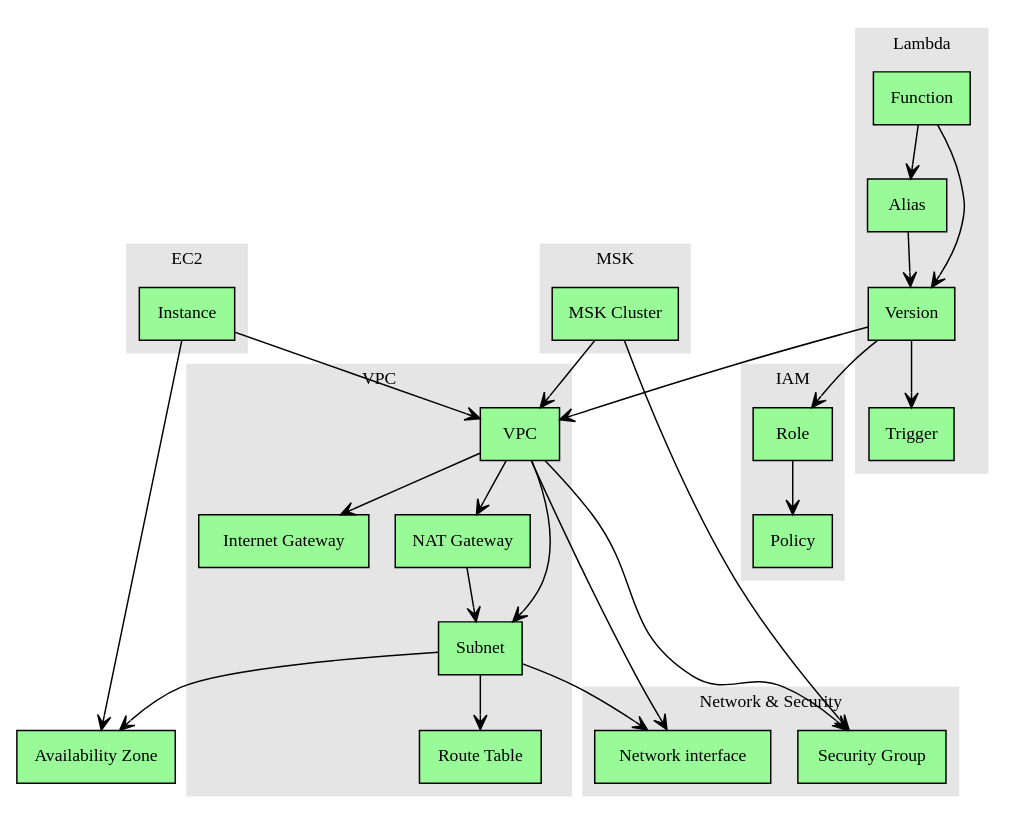
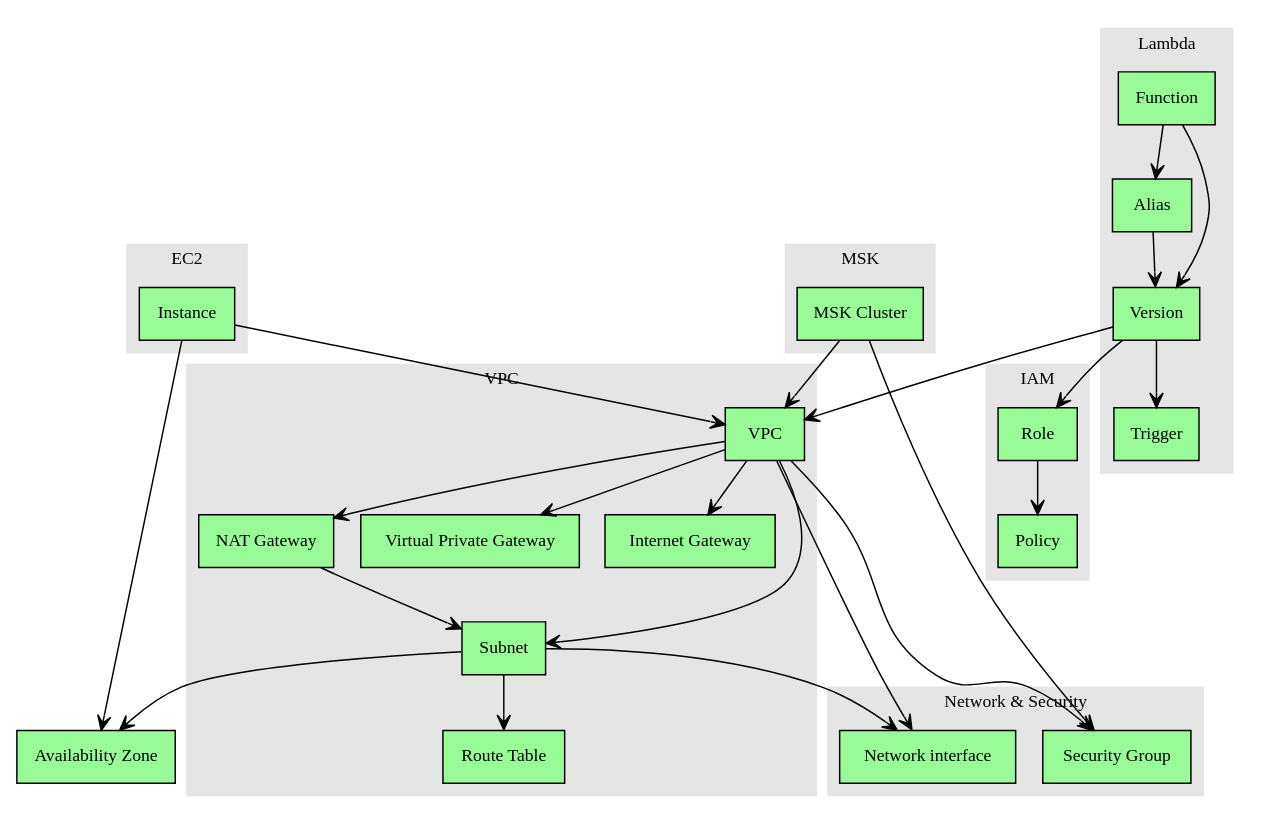
The diagram in aws-entities/aws-entities.dot (chris0103/spider-net), drawn with Graphviz before and after one commit. The commit also changed 4 other files, not shown here.

```diff
--- a/aws-entities/aws-entities.dot
+++ b/aws-entities/aws-entities.dot
@@ -1,112 +1,114 @@
 digraph name {
 	rankdir = TB;
     fontname = "Verdana";
     fontsize = 12;
     node [fontname = "Verdana", fontsize = 12, shape = "record"];
     edge [fontname = "Verdana", fontsize = 12];
     
     availability_zone [label = "Availability Zone", style = "filled", fillcolor = "palegreen"];
 
 	subgraph cluster10 {
 		label = "IAM";
 		style = filled;
 		color = grey90;
 		policy [label = "Policy", style = "filled", fillcolor = "palegreen"];
 		role [label = "Role", style = "filled", fillcolor = "palegreen"];
 	}
 
 	subgraph cluster15 {
 		label = "EC2";
 		style = filled;
 		color = grey90;
 		instance [label = "Instance", style = "filled", fillcolor = "palegreen"];
 	}
 	
 	subgraph cluster25 {
 		label = "MSK";
 		style = filled;
 		color = grey90;
 		msk_cluster [label = "MSK Cluster", style = "filled", fillcolor = "palegreen"];
 	}
 	
 	subgraph cluster30 {
 		label = "Lambda";
 		style = filled;
 		color = grey90;
 		alias [label = "Alias", style = "filled", fillcolor = "palegreen"];
 		function [label = "Function", style = "filled", fillcolor = "palegreen"];
 		trigger [label = "Trigger", style = "filled", fillcolor = "palegreen"];
 		version [label = "Version", style = "filled", fillcolor = "palegreen"];
 	}
 	
 	subgraph cluster35 {
 		label = "Network & Security";
 		style = filled;
 		color = grey90;
 		network_interface [label = "Network interface", style = "filled", fillcolor = "palegreen"];
 		security_group [label = "Security Group", style = "filled", fillcolor = "palegreen"];
 	}	
 	
 	subgraph cluster50 {
 		label = "VPC";
 		style = filled;
 		color = grey90;
 		internet_gateway [label = "Internet Gateway", style = "filled", fillcolor = "palegreen"];
 		nat_gateway [label = "NAT Gateway", style = "filled", fillcolor = "palegreen"];
 		route_table [label = "Route Table", style = "filled", fillcolor = "palegreen"];
 		subnet [label = "Subnet", style = "filled", fillcolor = "palegreen"];
+		virtual_private_gateway [label = "Virtual Private Gateway", style = "filled", fillcolor = "palegreen"];
 		vpc [label = "VPC", style = "filled", fillcolor = "palegreen"];
 	}
 	
 	/*	
 	
 	// configuration node
 	node [shape = "record", style = "rounded, filled"];
 	
 	subgraph cluster00 {
 		label = "";
 		style = filled;
 		color = grey90;
 	}
 	
 	// item_name [label = "item_label", style = "filled", fillcolor = "palegreen"];
 	// record_name [shape = "record", label = "{{<f0>interface|{<f10>(other implementers)}}|(other methods)}"];
 	// record_without_properties [shape = "record", label = "{<f0>label|<f1>value}"];
 	// record_with_properties [shape = "record", label = "{<f0>label|<f1>value|{{<f20>property|<f21>value}}}"];
 	// interface_minor [shape = "plaintext", label = "Interface_minor"];
 	// interface [label = "{<f0>Interface|<f2>+ method() : return_type\l}", style = "rounded, filled", fillcolor = "mediumpurple1"];
 	// abstract_class [label = "{<f0>Abstract_Class|<f1>+ field1 : type\l+ field2 : type\l|<f2>&#170; abstract_method() : return_type\l&#537; static_method() : return_type\l+ method() : return_type\l}", style = "rounded, filled, dashed", fillcolor = "springgreen"];
 	// class [label = "{<f0>Class|<f1>+ field1 : type\l+ field2 : type\l&#10765; final_field : type\l&#537; static_field : type\l|<f2>+ method() : return_type\l&#537; static_method() : return_type\l&#186; overriden_method() : return_type\l}", style = "rounded, filled", fillcolor = "springgreen"];	
 	// bean_record [label = "{<f0>beanId|<f1>beanClass|{{<f20>property1|<f21>property2}}}"];
 	*/
 	
 	// item_foo -> item_bar;
 	
 	// Implementation -> Interface [arrowhead = "empty"];
 	// Subclass -> Class;	
 	// Referer -> Referee [arrowhead = "vee"];
 	// Implementation -> InterfaceMinor [arrowhead = "odot"];	
 
 	vpc -> subnet [arrowhead = "vee"];
 	vpc -> nat_gateway [arrowhead = "vee"];
 	nat_gateway -> subnet [arrowhead = "vee"];
 	vpc -> internet_gateway [arrowhead = "vee"];
+	vpc -> virtual_private_gateway [arrowhead = "vee"];
 	subnet -> route_table [arrowhead = "vee"];
 	msk_cluster -> vpc [arrowhead = "vee"];
 	instance -> vpc [arrowhead = "vee"];
 	instance -> availability_zone [arrowhead = "vee"];
 	msk_cluster -> security_group [arrowhead = "vee"];
 	vpc -> security_group [arrowhead = "vee"];
 	vpc -> network_interface [arrowhead = "vee"];
 	subnet -> availability_zone [arrowhead = "vee"];
 	subnet -> network_interface [arrowhead = "vee"];
 	
 	function -> alias [arrowhead = "vee"];
 	alias -> version [arrowhead = "vee"];
 	function -> version [arrowhead = "vee"];
 	version -> trigger [arrowhead = "vee"];
 	version -> vpc [arrowhead = "vee"];
 	
 	role -> policy [arrowhead = "vee"];
 	version -> role [arrowhead = "vee"];
 }
```
